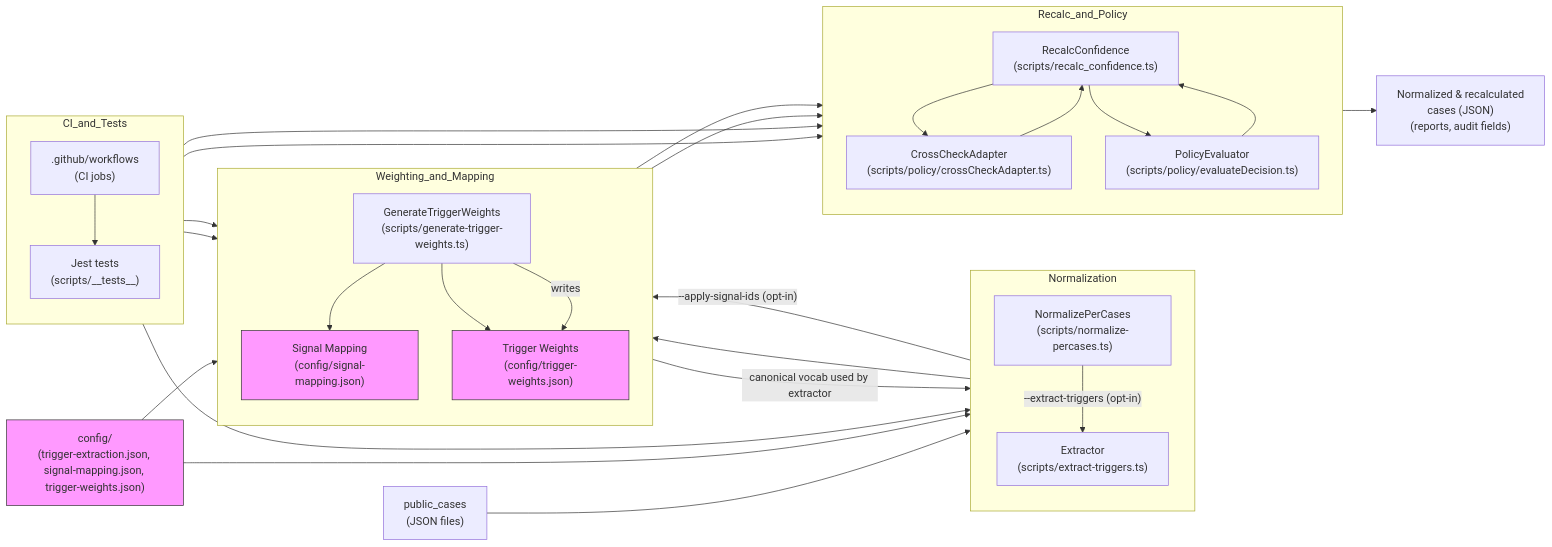
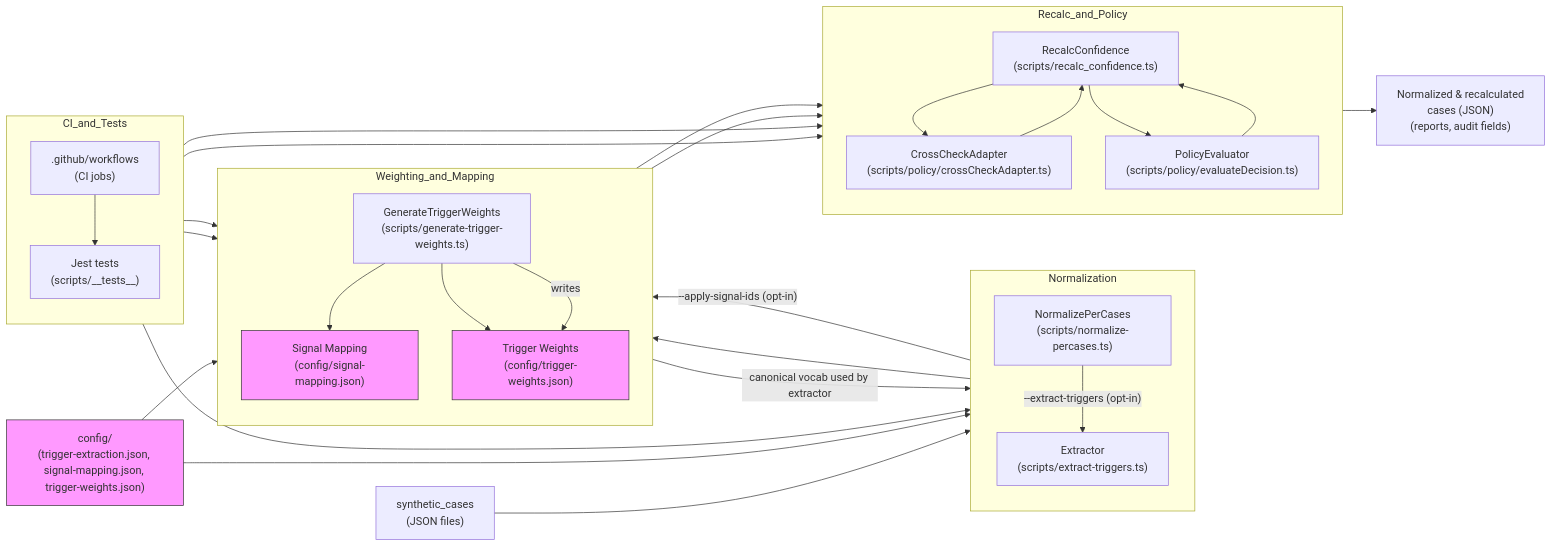
Before and after one commit to kate8382/AURA: the diagram in docs/diagrams/aura-pipeline-v3.mmd, drawn with Mermaid. The commit also changed 43 other files, not shown here.

First line of the commit message:
refactor(dataset): rename public_cases directory to synthetic_cases (#106)

```diff
--- a/docs/diagrams/aura-pipeline-v3.mmd
+++ b/docs/diagrams/aura-pipeline-v3.mmd
@@ -1,66 +1,66 @@
 %% Mermaid diagram: AURA pipeline v3
 %% Place this file in docs/diagrams and generate PNG with mermaid-cli (mmdc)
 
 flowchart LR
   %% Repository data sources
-  PC["public_cases\n(JSON files)"]
+  PC["synthetic_cases\n(JSON files)"]
   CFG["config/\n(trigger-extraction.json, signal-mapping.json, trigger-weights.json)"]
 
   subgraph Normalization
     direction TB
     N["NormalizePerCases\n(scripts/normalize-percases.ts)"]
     E["Extractor\n(scripts/extract-triggers.ts)"]
   end
 
   subgraph Weighting_and_Mapping
     direction TB
     GW["GenerateTriggerWeights\n(scripts/generate-trigger-weights.ts)"]
     MAP["Signal Mapping\n(config/signal-mapping.json)"]
     TW["Trigger Weights\n(config/trigger-weights.json)"]
   end
 
   subgraph Recalc_and_Policy
     direction TB
     RC["RecalcConfidence\n(scripts/recalc_confidence.ts)"]
     CC["CrossCheckAdapter\n(scripts/policy/crossCheckAdapter.ts)"]
     PE["PolicyEvaluator\n(scripts/policy/evaluateDecision.ts)"]
   end
 
   subgraph CI_and_Tests
     direction TB
     T["Jest tests\n(scripts/__tests__)"]
     WF[".github/workflows\n(CI jobs)"]
   end
 
   %% Flow arrows
   PC --> N
   N -->|"--extract-triggers (opt-in)"| E
   E --> GW
   CFG --> E
   CFG --> GW
   GW --> MAP
   GW --> TW
   MAP --> RC
   TW --> RC
   N -->|"--apply-signal-ids (opt-in)"| GW
   RC --> CC
   RC --> PE
   CC --> RC
   PE --> RC
 
   %% Outputs
   RC --> OUT["Normalized & recalculated\ncases (JSON)\n(reports, audit fields)"]
   GW -->|"writes"| TW
   MAP -->|"canonical vocab used by extractor"| E
 
   %% Tests / CI connections
   T --> E
   T --> GW
   T --> RC
   WF --> T
   WF --> GW
   WF --> RC
 
   %% Notes
   classDef cfg fill:#f9f,stroke:#333,stroke-width:1px;
   class CFG,MAP,TW cfg;
```
